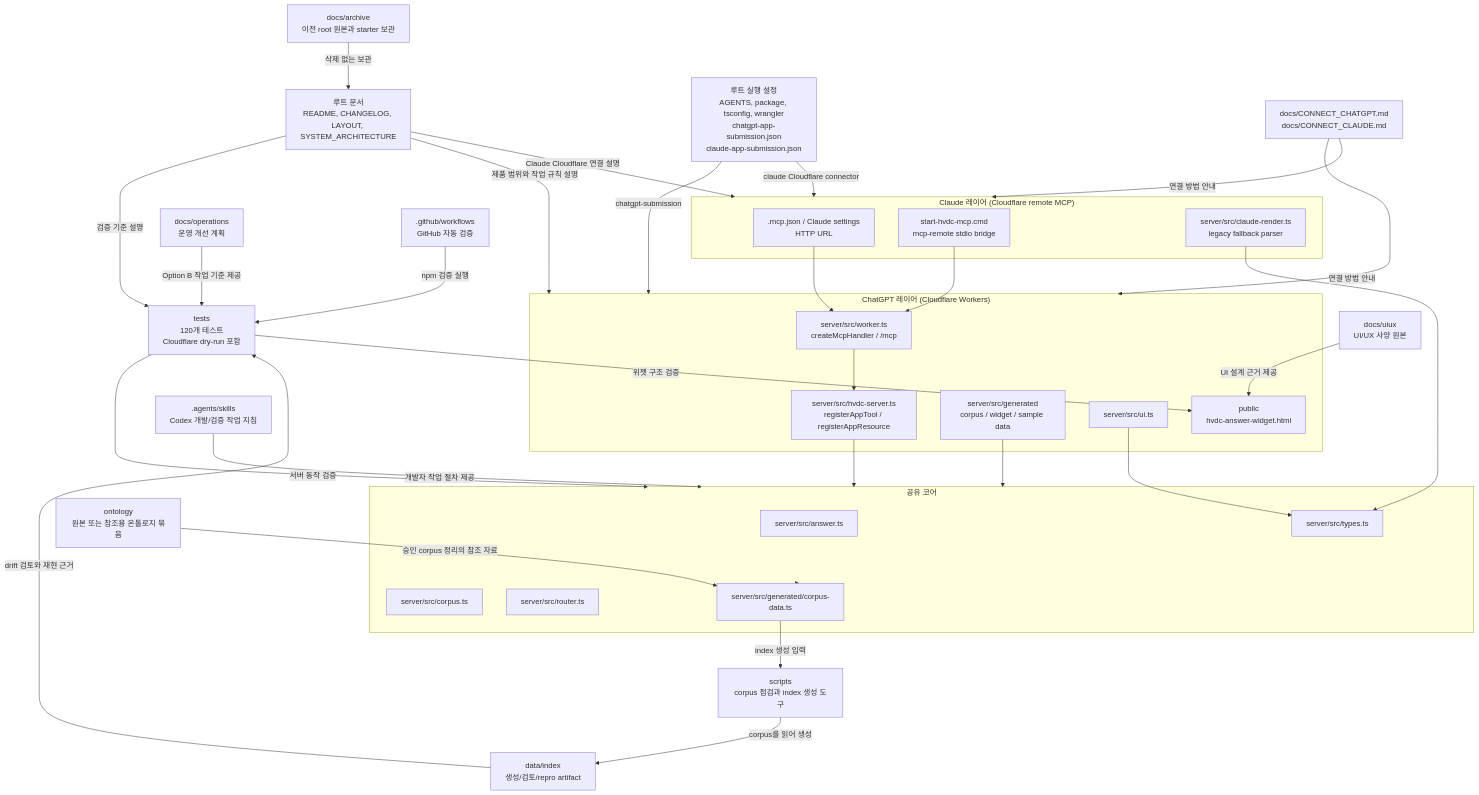
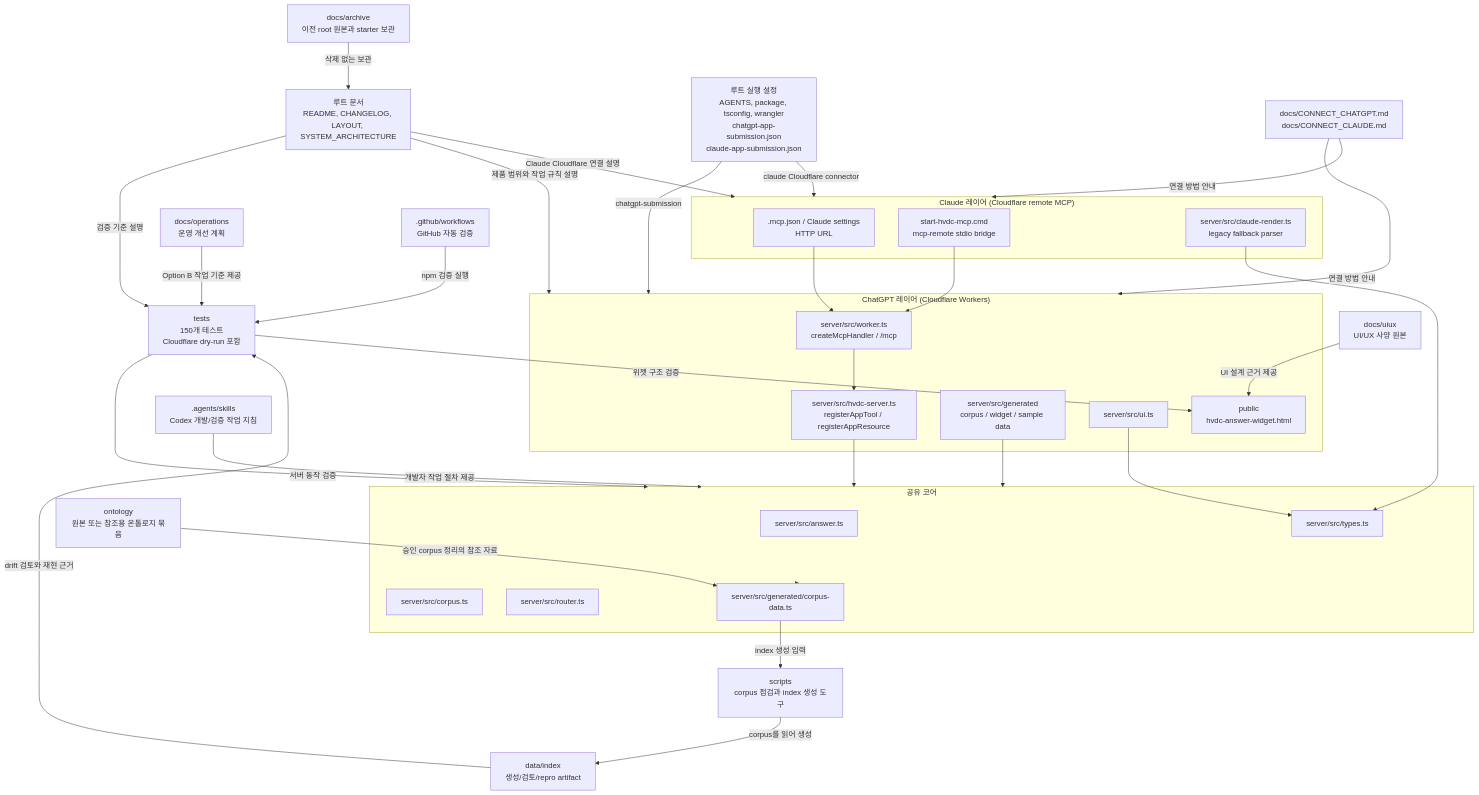
The diagram in LAYOUT.md (macho715/SCT_ONTOLOGY), drawn with Mermaid before and after one commit. The commit also changed other lines of this file and 3 other files, not shown here.

````diff
--- a/LAYOUT.md
+++ b/LAYOUT.md
@@ -11,66 +27,66 @@
 ```mermaid
 flowchart TD
   RootDocs["루트 문서<br/>README, CHANGELOG, LAYOUT, SYSTEM_ARCHITECTURE"]
   RootConfig["루트 실행 설정<br/>AGENTS, package, tsconfig, wrangler<br/>chatgpt-app-submission.json<br/>claude-app-submission.json"]
 
   subgraph ServerChatGPT["ChatGPT 레이어 (Cloudflare Workers)"]
     WorkerTs["server/src/worker.ts<br/>createMcpHandler / /mcp"]
     HvdcServerTs["server/src/hvdc-server.ts<br/>registerAppTool / registerAppResource"]
     GeneratedTs["server/src/generated<br/>corpus / widget / sample data"]
     UiTs["server/src/ui.ts"]
     Public["public<br/>hvdc-answer-widget.html"]
   end
 
   subgraph ServerClaude["Claude 레이어 (Cloudflare remote MCP)"]
     ClaudeConfig[".mcp.json / Claude settings<br/>HTTP URL"]
     ClaudeBridge["start-hvdc-mcp.cmd<br/>mcp-remote stdio bridge"]
     ClaudeRender["server/src/claude-render.ts<br/>legacy fallback parser"]
   end
 
   subgraph SharedCore["공유 코어"]
     Answer["server/src/answer.ts"]
     Corpus["server/src/corpus.ts"]
     Router["server/src/router.ts"]
     Types["server/src/types.ts"]
     CorpusFiles["server/src/generated/corpus-data.ts"]
   end
 
-  Tests["tests<br/>120개 테스트<br/>Cloudflare dry-run 포함"]
+  Tests["tests<br/>150개 테스트<br/>Cloudflare dry-run 포함"]
   Scripts["scripts<br/>corpus 점검과 index 생성 도구"]
   Index["data/index<br/>생성/검토/repro artifact"]
   Ontology["ontology<br/>원본 또는 참조용 온톨로지 묶음"]
   DocsOps["docs/operations<br/>운영 개선 계획"]
   DocsConnect["docs/CONNECT_CHATGPT.md<br/>docs/CONNECT_CLAUDE.md"]
   DocsUiux["docs/uiux<br/>UI/UX 사양 원본"]
   DocsArchive["docs/archive<br/>이전 root 원본과 starter 보관"]
   Skills[".agents/skills<br/>Codex 개발/검증 작업 지침"]
   Workflows[".github/workflows<br/>GitHub 자동 검증"]
 
   RootDocs -->|"제품 범위와 작업 규칙 설명"| ServerChatGPT
   RootDocs -->|"Claude Cloudflare 연결 설명"| ServerClaude
   RootDocs -->|"검증 기준 설명"| Tests
   RootConfig -->|"chatgpt-submission"| ServerChatGPT
   RootConfig -->|"claude Cloudflare connector"| ServerClaude
   DocsConnect -->|"연결 방법 안내"| ServerChatGPT
   DocsConnect -->|"연결 방법 안내"| ServerClaude
 
   WorkerTs --> HvdcServerTs
   HvdcServerTs --> SharedCore
   GeneratedTs --> SharedCore
   ClaudeConfig --> WorkerTs
   ClaudeBridge --> WorkerTs
   ClaudeRender --> Types
   UiTs --> Types
   SharedCore --> CorpusFiles
   Ontology -->|"승인 corpus 정리의 참조 자료"| CorpusFiles
   Scripts -->|"corpus를 읽어 생성"| Index
   CorpusFiles -->|"index 생성 입력"| Scripts
   Index -->|"drift 검토와 재현 근거"| Tests
   Tests -->|"서버 동작 검증"| SharedCore
   Tests -->|"위젯 구조 검증"| Public
   Skills -->|"개발자 작업 절차 제공"| SharedCore
   Workflows -->|"npm 검증 실행"| Tests
   DocsOps -->|"Option B 작업 기준 제공"| Tests
   DocsUiux -->|"UI 설계 근거 제공"| Public
   DocsArchive -->|"삭제 없는 보관"| RootDocs
 ```
````
